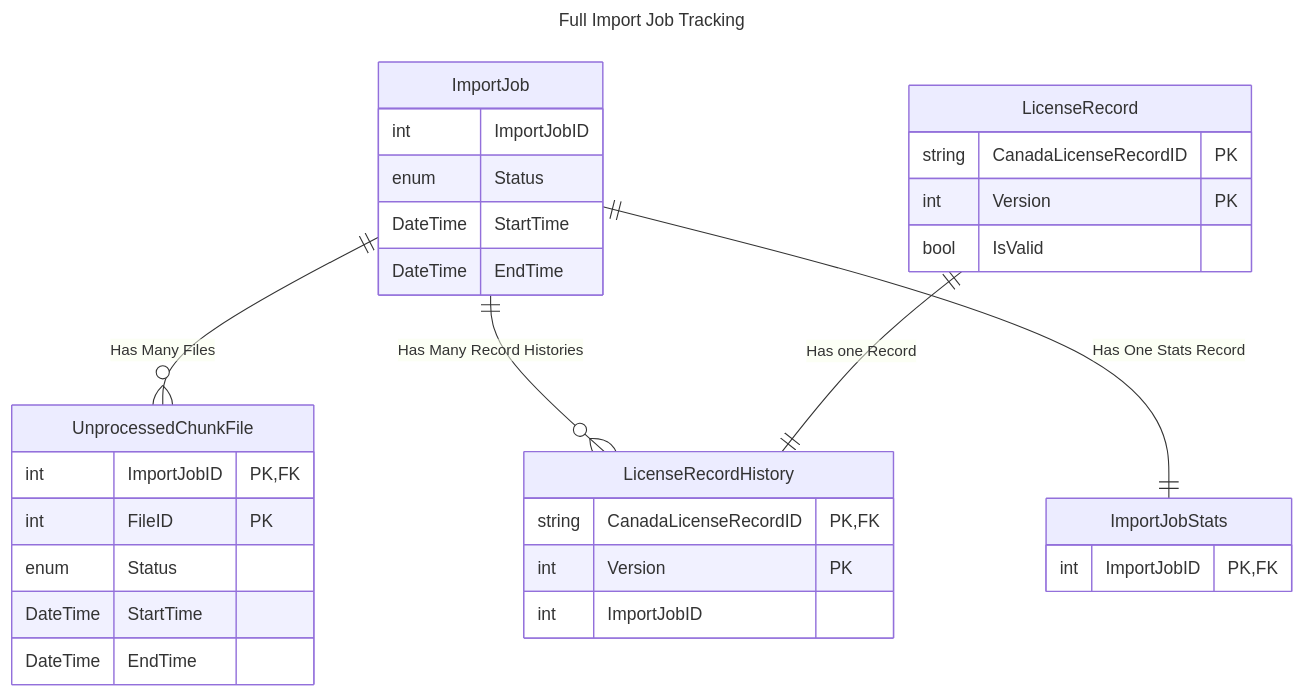
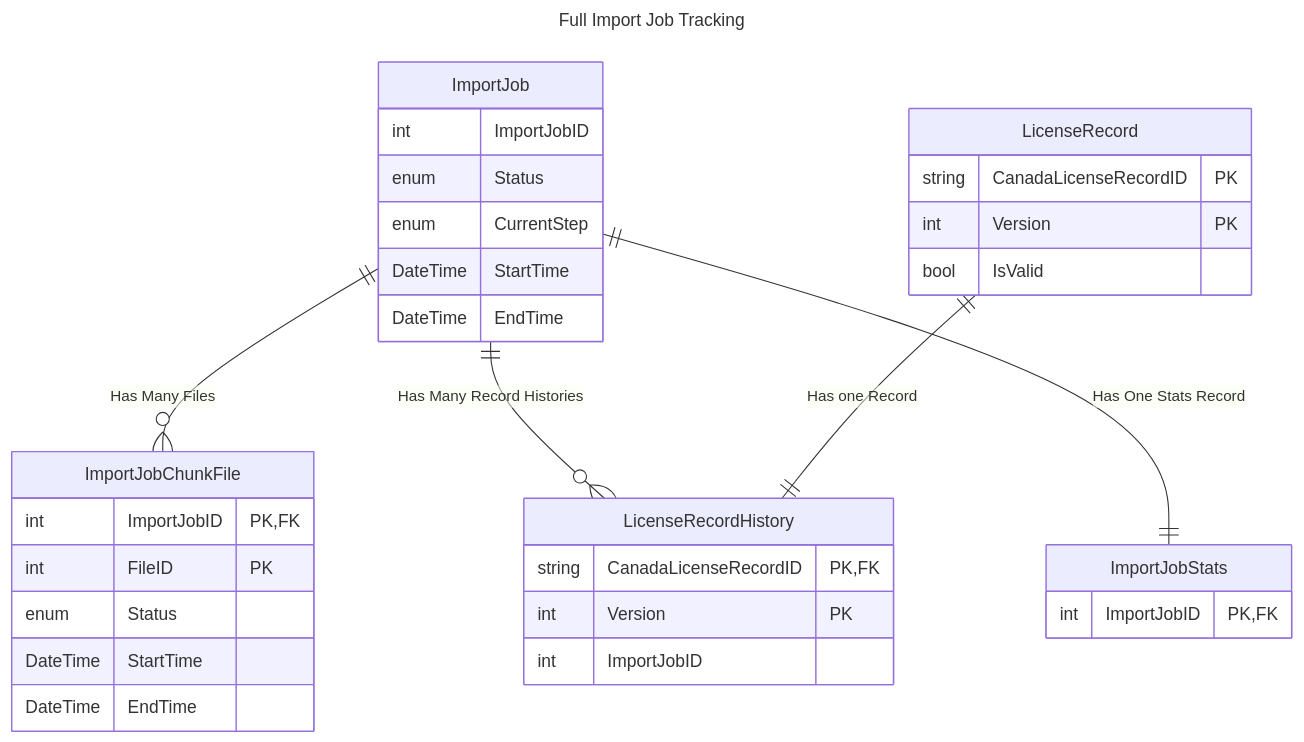
The diagram in services/Radio-Search.Importer/Radio-Search.Importer.Canada/Documentation/Diagrams/Entity Diagrams/Import-Job.md (RYFOJE/radio-search), drawn with Mermaid before and after one commit. The commit also changed 2 other files, not shown here.

Commit message:
Updated diagrams

````diff
--- a/services/Radio-Search.Importer/Radio-Search.Importer.Canada/Documentation/Diagrams/Entity Diagrams/Import-Job.md
+++ b/services/Radio-Search.Importer/Radio-Search.Importer.Canada/Documentation/Diagrams/Entity Diagrams/Import-Job.md
@@ -1,42 +1,43 @@
 ```mermaid
 ---
 title: Full Import Job Tracking
 ---
 erDiagram
     ImportJob {
         int ImportJobID
         enum Status
+        enum CurrentStep
         DateTime StartTime
         DateTime EndTime
     }
 
-    UnprocessedChunkFile {
+    ImportJobChunkFile {
         int ImportJobID PK, FK
         int FileID PK
         enum Status
         DateTime StartTime
         DateTime EndTime
     }
 
     ImportJobStats {
         int ImportJobID PK, FK
     }
 
 
     LicenseRecord {
         string CanadaLicenseRecordID PK
         int Version PK
         bool IsValid
     }
 
     LicenseRecordHistory {
         string CanadaLicenseRecordID PK, FK
         int Version PK
         int ImportJobID
     }
 
-    ImportJob ||--o{ UnprocessedChunkFile : "Has Many Files"
+    ImportJob ||--o{ ImportJobChunkFile : "Has Many Files"
     ImportJob ||--o{ LicenseRecordHistory : "Has Many Record Histories"
     ImportJob ||--|| ImportJobStats : "Has One Stats Record"
     LicenseRecord ||--|| LicenseRecordHistory : "Has one Record"
 ```
````
